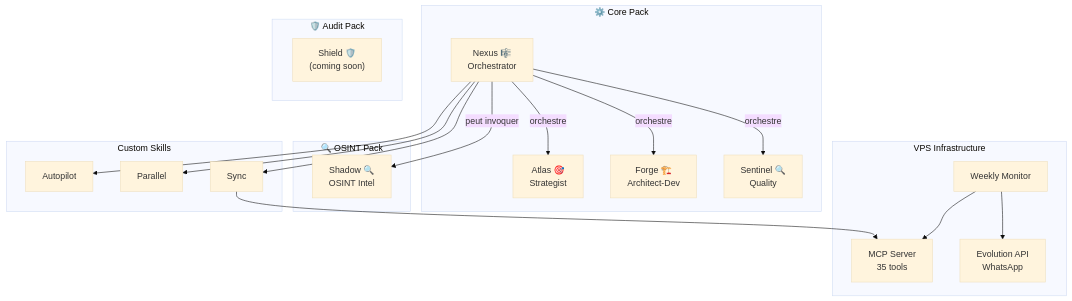
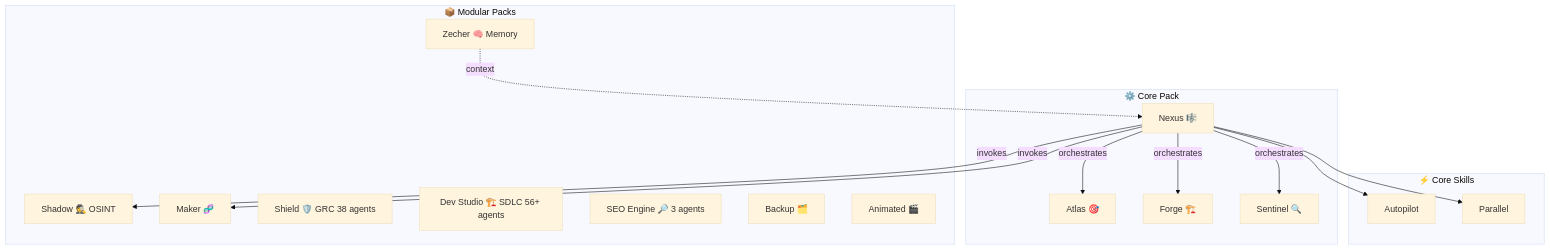
The diagram in readme-international/README.fr.md (lrochetta/BMAD-PLUS), drawn with Mermaid (base theme) before and after one commit. The commit also changed other lines of this file and 4 other files, not shown here.

Commit message:
docs: fix all obsolete content — 56+ agents, complete 9-pack tables, updated diagrams (EN/FR/ES/DE/DIST)

````diff
--- a/readme-international/README.fr.md
+++ b/readme-international/README.fr.md
@@ -203,42 +203,34 @@
 ```mermaid
 graph TB
     subgraph Core["⚙️ Core Pack"]
-        AT[Atlas 🎯<br/>Strategist]
-        FG[Forge 🏗️<br/>Architect-Dev]
-        SN[Sentinel 🔍<br/>Quality]
-        NX[Nexus 🎼<br/>Orchestrator]
+        AT["Atlas 🎯"]
+        FG["Forge 🏗️"]
+        SN["Sentinel 🔍"]
+        NX["Nexus 🎼"]
     end
 
-    subgraph OSINT["🔍 OSINT Pack"]
-        SH[Shadow 🔍<br/>OSINT Intel]
+    subgraph Packs["📦 Modular Packs"]
+        SH["Shadow 🕵️ OSINT"]
+        MK["Maker 🧬"]
+        ZC["Zecher 🧠 Memory"]
+        SD["Shield 🛡️ GRC 38 agents"]
+        DS["Dev Studio 🏗️ SDLC 56+ agents"]
+        SEO["SEO Engine 🔎 3 agents"]
+        BK["Backup 🗂️"]
+        AN["Animated 🎬"]
     end
 
-    subgraph Audit["🛡️ Audit Pack"]
-        SD["Shield 🛡️<br/>(coming soon)"]
+    subgraph Skills["⚡ Core Skills"]
+        AP[Autopilot]
+        PL[Parallel]
     end
 
-    NX -->|orchestre| AT
-    NX -->|orchestre| FG
-    NX -->|orchestre| SN
-    NX -->|peut invoquer| SH
-
-    subgraph Skills["Custom Skills"]
-        AP[Autopilot]
-        PL[Parallel]
-        SY[Sync]
-    end
-
+    NX -->|orchestrates| AT
+    NX -->|orchestrates| FG
+    NX -->|orchestrates| SN
+    NX -->|invokes| SH
+    NX -->|invokes| MK
     NX --> AP
     NX --> PL
-    NX --> SY
-
-    subgraph VPS["VPS Infrastructure"]
-        MCP[MCP Server<br/>35 tools]
-        EVO[Evolution API<br/>WhatsApp]
-        MON[Weekly Monitor]
-    end
-
-    SY --> MCP
-    MON --> EVO
-    MON --> MCP
+    ZC -.->|context| NX
 ```
````
